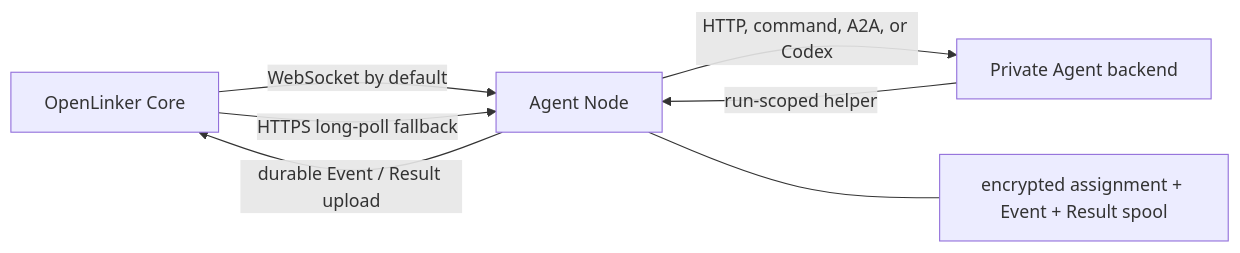
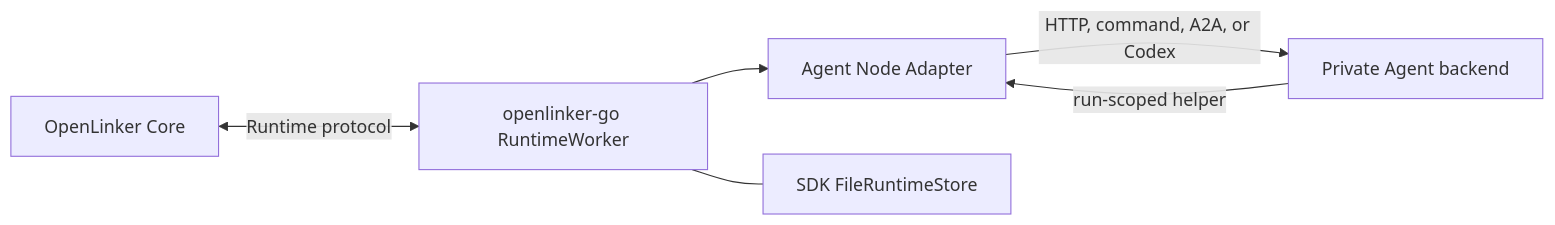
Before and after one commit to OpenLinker-ai/openlinker-agent-node: the diagram in README.md, drawn with Mermaid. The commit also changed other lines of this file and 100 other files, not shown here.

Commit message:
refactor(runtime)!: reduce Agent Node to adapter shell

````diff
--- a/README.md
+++ b/README.md
@@ -48,9 +25,8 @@
 ```mermaid
 flowchart LR
-  Core["OpenLinker Core"] -->|"WebSocket by default"| Node["Agent Node"]
-  Core -->|"HTTPS long-poll fallback"| Node
-  Node -->|"HTTP, command, A2A, or Codex"| Backend["Private Agent backend"]
-  Backend -->|"run-scoped helper"| Node
-  Node -->|"durable Event / Result upload"| Core
-  Node --- Store["encrypted assignment + Event + Result spool"]
+  Core["OpenLinker Core"] <-->|"Runtime protocol"| SDK["openlinker-go RuntimeWorker"]
+  SDK --> Handler["Agent Node Adapter"]
+  Handler -->|"HTTP, command, A2A, or Codex"| Backend["Private Agent backend"]
+  Backend -->|"run-scoped helper"| Handler
+  SDK --- Store["SDK FileRuntimeStore"]
 ```
````
